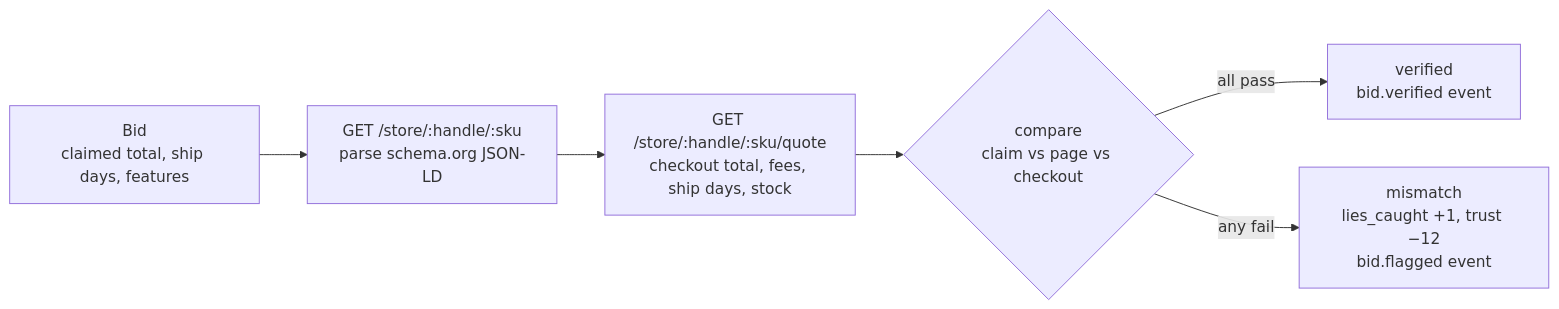
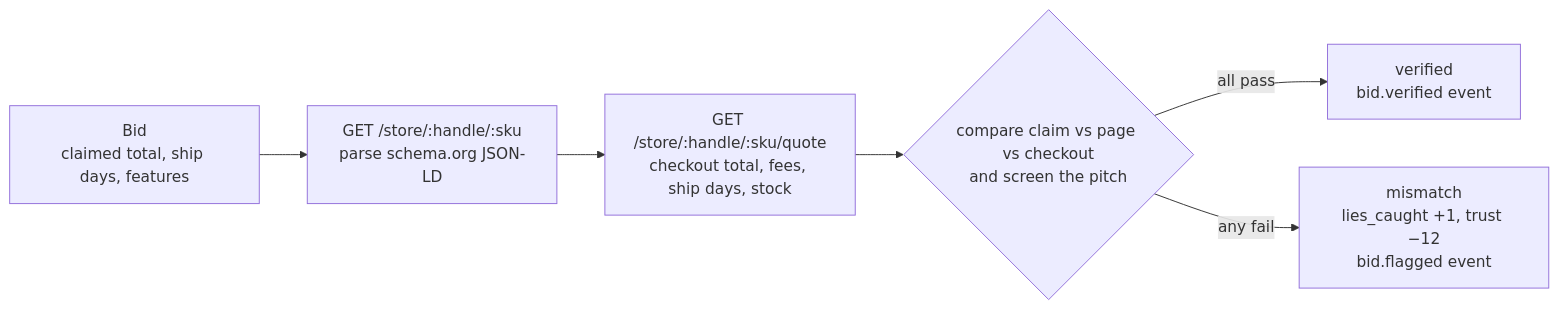
The third of 5 diagrams in docs/ARCHITECTURE.md (vnmoorthy/bidwire), drawn with Mermaid before and after one commit. The commit also changed other lines of this file, not shown here.

Commit message:
docs: update ARCHITECTURE.md (Saleroom restyle)

````diff
--- a/docs/ARCHITECTURE.md
+++ b/docs/ARCHITECTURE.md
@@ -128,8 +128,8 @@
 ```mermaid
 flowchart LR
     BID["Bid<br/>claimed total, ship days, features"] --> PAGE["GET /store/:handle/:sku<br/>parse schema.org JSON-LD"]
     PAGE --> QUOTE["GET /store/:handle/:sku/quote<br/>checkout total, fees, ship days, stock"]
-    QUOTE --> CMP{"compare<br/>claim vs page vs checkout"}
+    QUOTE --> CMP{"compare claim vs page vs checkout<br/>and screen the pitch"}
     CMP -- all pass --> OK["verified<br/>bid.verified event"]
     CMP -- any fail --> LIE["mismatch<br/>lies_caught +1, trust −12<br/>bid.flagged event"]
 ```
````
